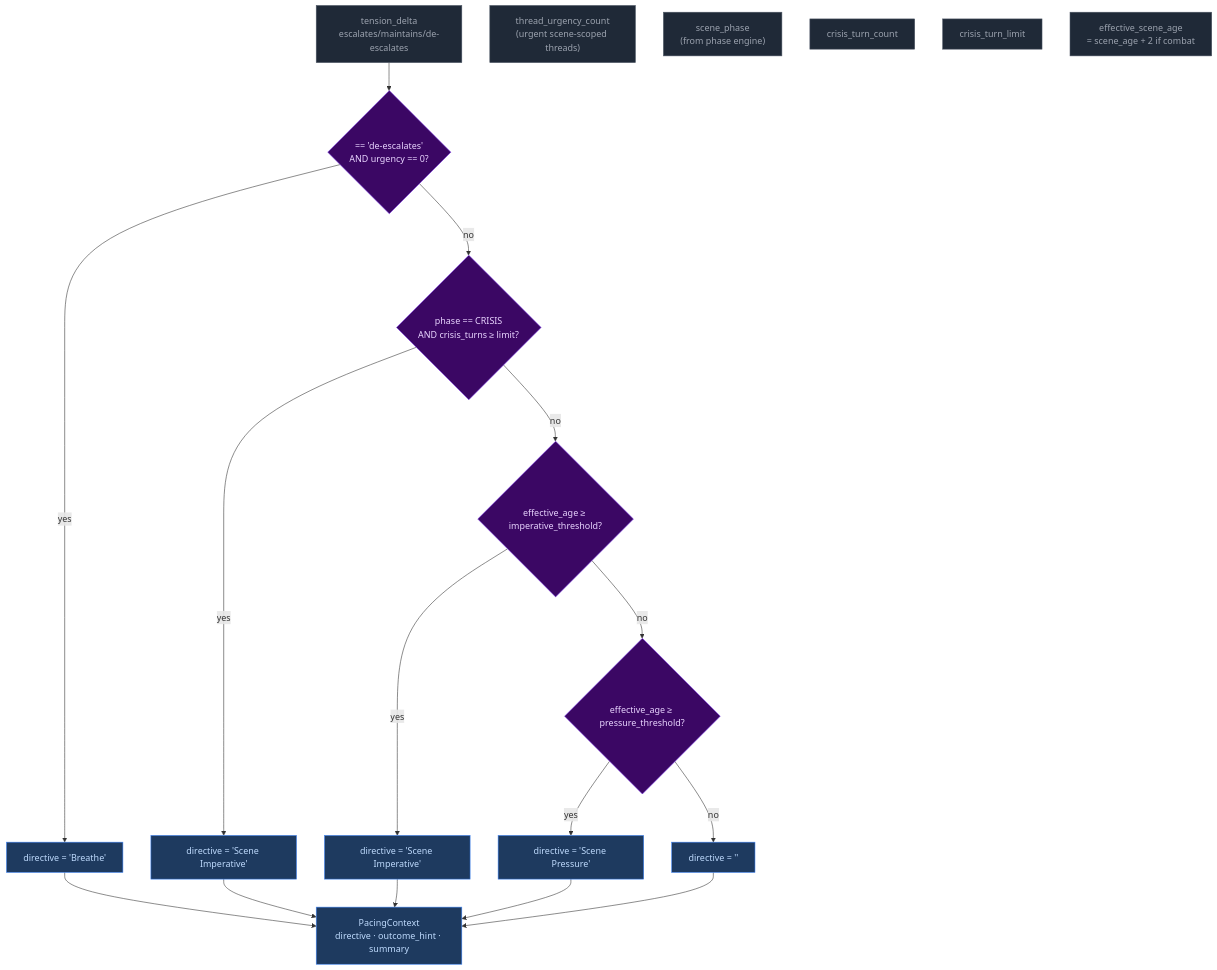
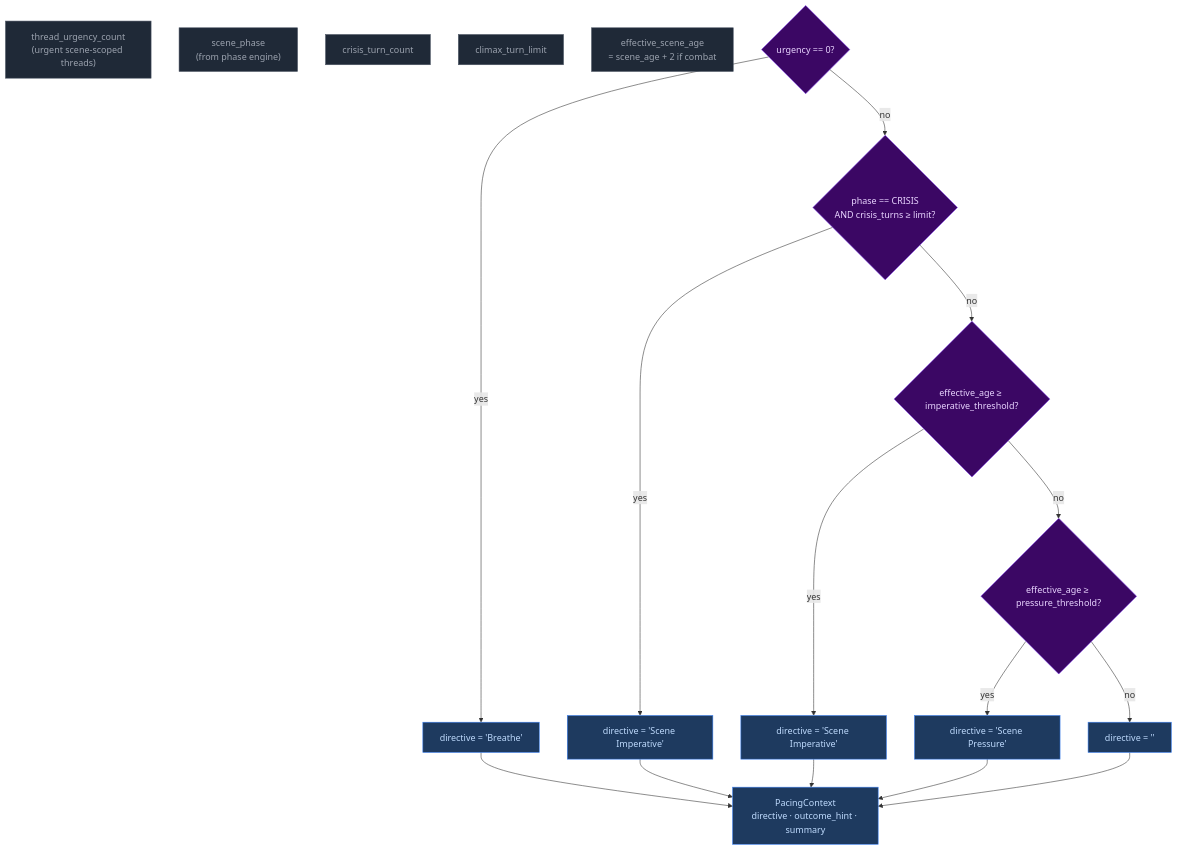
One commit to pww217/fablethread changed the second of 3 diagrams in docs/architecture/step0-ruling.md. Above: the diagram before and after it, drawn with Mermaid. The commit also changed other lines of this file and 18 other files, not shown here.

````diff
--- a/docs/architecture/step0-ruling.md
+++ b/docs/architecture/step0-ruling.md
@@ -75,33 +75,32 @@
 ```mermaid
 flowchart TD
     classDef pyNode fill:#1f2937,color:#9ca3af,stroke:#4b5563
     classDef decision fill:#3b0764,color:#e9d5ff,stroke:#7c3aed
     classDef output fill:#1e3a5f,color:#bfdbfe,stroke:#3b82f6
 
-    TD["tension_delta<br>escalates/maintains/de-escalates"]:::pyNode
     TU["thread_urgency_count<br>(urgent scene-scoped threads)"]:::pyNode
     PH["scene_phase<br>(from phase engine)"]:::pyNode
     CTC["crisis_turn_count"]:::pyNode
-    CTL["crisis_turn_limit"]:::pyNode
+    CTL["climax_turn_limit"]:::pyNode
     EA["effective_scene_age<br>= scene_age + 2 if combat"]:::pyNode
 
-    TD --> D1{"== 'de-escalates'<br>AND urgency == 0?"}:::decision
+    D1{"urgency == 0?"}:::decision
     D1 -- yes --> B1["directive = 'Breathe'"]:::output
     D1 -- no --> D2{"phase == CRISIS<br>AND crisis_turns ≥ limit?"}:::decision
     D2 -- yes --> B2["directive = 'Scene Imperative'"]:::output
     D2 -- no --> D3{"effective_age ≥ imperative_threshold?"}:::decision
     D3 -- yes --> B3["directive = 'Scene Imperative'"]:::output
     D3 -- no --> D4{"effective_age ≥ pressure_threshold?"}:::decision
     D4 -- yes --> B4["directive = 'Scene Pressure'"]:::output
     D4 -- no --> B5["directive = ''"]:::output
 
     FINAL["PacingContext<br>directive · outcome_hint · summary"]:::output
 
     B1 --> FINAL
     B2 --> FINAL
     B3 --> FINAL
     B4 --> FINAL
     B5 --> FINAL
 
     style B1 fill:#1e3a5f,color:#bfdbfe,stroke:#3b82f6
 ```
````
